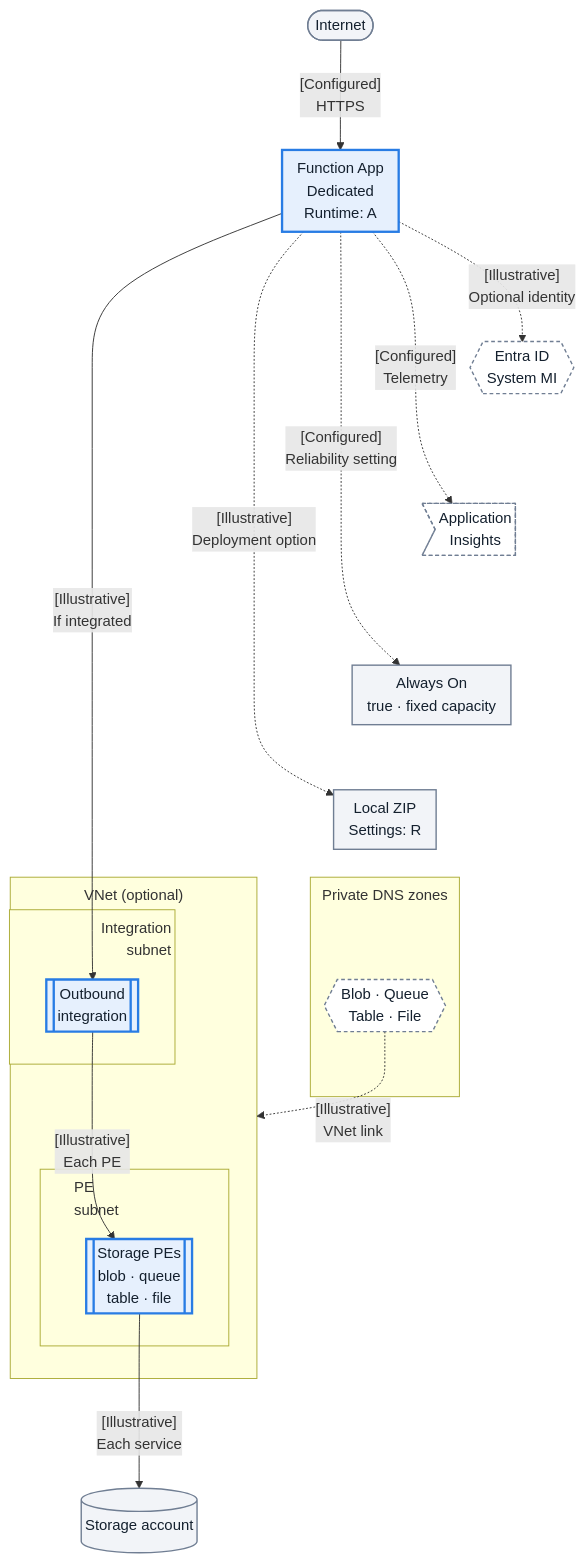
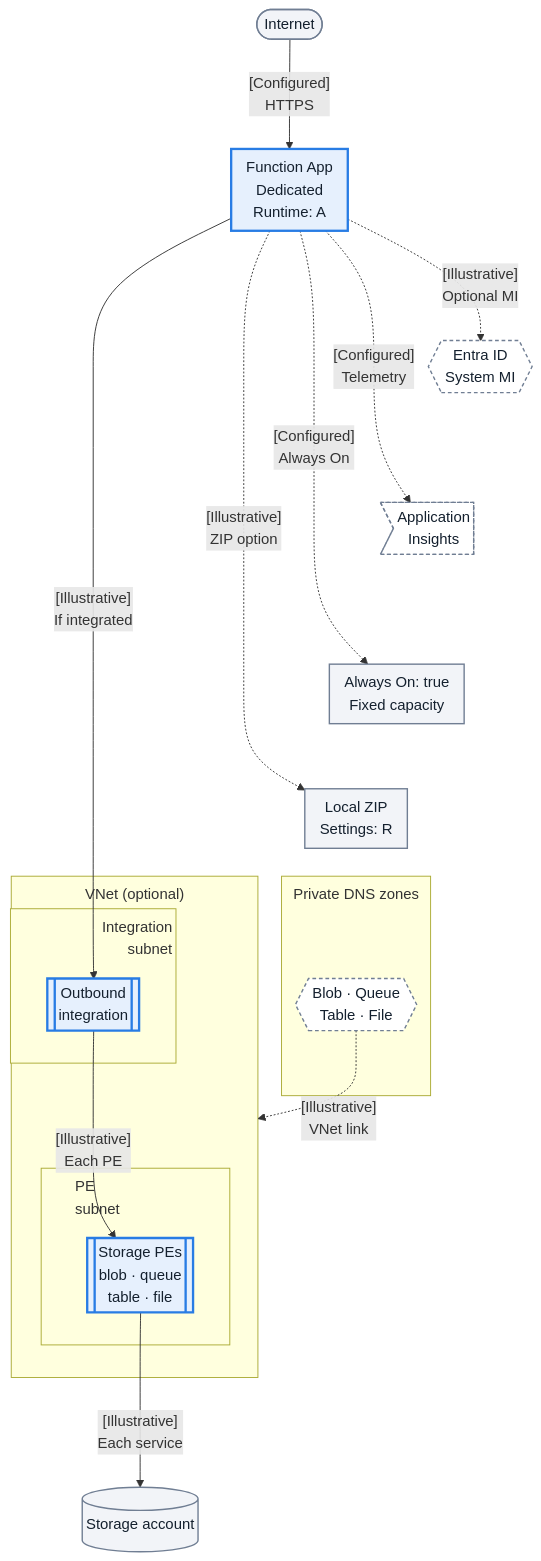
The first of 2 diagrams in docs/language-guides/python/tutorial/dedicated/07-extending-triggers.md (yeongseon/azure-functions-practical-guide), drawn with Mermaid before and after one commit.

Commit message:
docs(diagrams): fit Dedicated topology labels within mobile budget
Expand runtime and identity abbreviations in the adjacent key and shorten configuration labels without changing their relationships.

Refs #365

````diff
--- a/docs/language-guides/python/tutorial/dedicated/07-extending-triggers.md
+++ b/docs/language-guides/python/tutorial/dedicated/07-extending-triggers.md
@@ -83,44 +83,44 @@
 ```mermaid
 %%{init: {'flowchart': {'nodeSpacing': 10, 'rankSpacing': 70, 'padding': 8, 'subGraphTitleMargin': {'top': 8, 'bottom': 32}}}}%%
 flowchart TD
     accTitle: Python Dedicated app and optional private Storage context
     accDescr: Linux Python 3.11 Dedicated app outside its outbound integration subnet. Optional private Storage context retains four distinct endpoints and DNS zones in the adjacent key; identity, telemetry, Always On and deployment settings are not data-transit hops. This tutorial uses public networking; the private extension is not configured by these trigger steps.
     client(["Internet"])
     app_runtime["Function App<br/>Dedicated<br/>Runtime: A"]
     identity{{"Entra ID<br/>System MI"}}
     telemetry>"Application<br/>Insights"]
-    ALWAYS_ON["Always On<br/>true · fixed capacity"]
+    ALWAYS_ON["Always On: true<br/>Fixed capacity"]
     RFP["Local ZIP<br/>Settings: R"]
     subgraph DNS["Private DNS zones"]
         dns_fn{{"Blob · Queue<br/>Table · File"}}
     end
     subgraph vnet_fn["VNet (optional)"]
         subgraph subnet_int_fn["<div style='width:170px;text-align:right'>Integration<br/>subnet</div>"]
             vnet_integration[["Outbound<br/>integration"]]
         end
         subgraph subnet_pe_fn["<div style='width:130px;text-align:left'>PE<br/>subnet</div>"]
             pe_storage[["Storage PEs<br/>blob · queue<br/>table · file"]]
         end
     end
     storage_db[("Storage account")]
     client -->|"[Configured]<br/>HTTPS"| app_runtime
-    app_runtime -.->|"[Illustrative]<br/>Optional identity"| identity
+    app_runtime -.->|"[Illustrative]<br/>Optional MI"| identity
     app_runtime -.->|"[Configured]<br/>Telemetry"| telemetry
-    app_runtime -.->|"[Configured]<br/>Reliability setting"| ALWAYS_ON
-    app_runtime -.->|"[Illustrative]<br/>Deployment option"| RFP
+    app_runtime -.->|"[Configured]<br/>Always On"| ALWAYS_ON
+    app_runtime -.->|"[Illustrative]<br/>ZIP option"| RFP
     dns_fn -.->|"[Illustrative]<br/>VNet link"| vnet_fn
     app_runtime -->|"[Illustrative]<br/>If integrated"| vnet_integration
     vnet_integration -->|"[Illustrative]<br/>Each PE"| pe_storage
     pe_storage -->|"[Illustrative]<br/>Each service"| storage_db
     %% Layout-only tiers; add no requests, diagnostic steps or visible arrows.
     identity ~~~ telemetry
     telemetry ~~~ ALWAYS_ON
     ALWAYS_ON ~~~ RFP
     RFP ~~~ dns_fn
     classDef baseNeutral fill:#f2f4f8,stroke:#707e93,stroke-width:1.5px,color:#14202e;
     classDef focusActive fill:#e6f0fd,stroke:#287ce4,stroke-width:2.5px,color:#14202e;
     classDef bandMuted fill:#ffffff,stroke:#707e93,stroke-width:1.5px,stroke-dasharray:4 3,color:#14202e;
     class client,storage_db,ALWAYS_ON,RFP baseNeutral;
     class app_runtime,vnet_integration,pe_storage focusActive;
     class identity,telemetry,dns_fn bandMuted;
 ```
````
